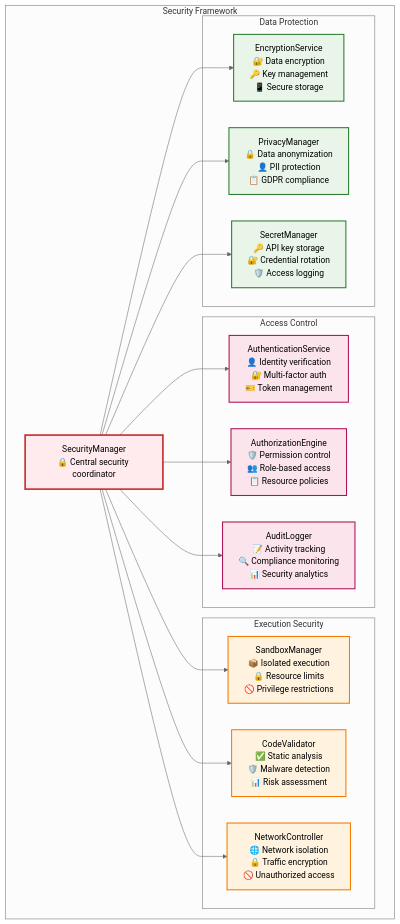
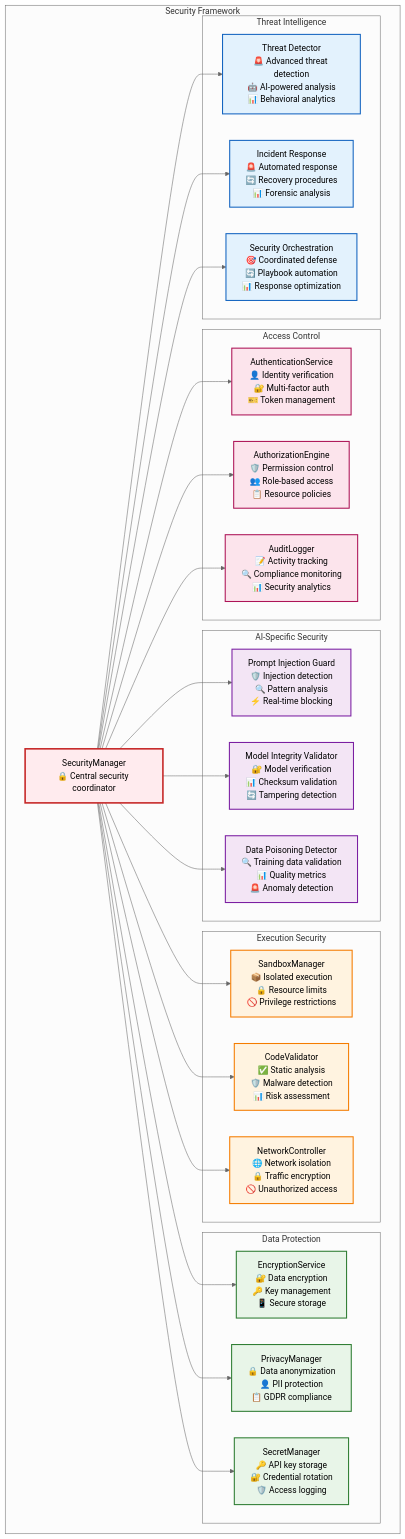
One commit to Vrooli/Vrooli changed diagram 15 of 25 in docs/ai-execution-architecture.md. Above: the diagram before and after it, drawn with Mermaid (neutral theme). The commit also changed other lines of this file, not shown here.

Commit message:
Execution architecture p3

````diff
--- a/docs/ai-execution-architecture.md
+++ b/docs/ai-execution-architecture.md
@@ -446,44 +873,66 @@
 ```mermaid
 graph TB
     subgraph "Security Framework"
         SecurityManager[SecurityManager<br/>🔒 Central security coordinator]
         
         subgraph "Access Control"
             AuthenticationService[AuthenticationService<br/>👤 Identity verification<br/>🔐 Multi-factor auth<br/>🎫 Token management]
             AuthorizationEngine[AuthorizationEngine<br/>🛡️ Permission control<br/>👥 Role-based access<br/>📋 Resource policies]
             AuditLogger[AuditLogger<br/>📝 Activity tracking<br/>🔍 Compliance monitoring<br/>📊 Security analytics]
+        end
+        
+        subgraph "AI-Specific Security"
+            PromptInjectionGuard[Prompt Injection Guard<br/>🛡️ Injection detection<br/>🔍 Pattern analysis<br/>⚡ Real-time blocking]
+            ModelIntegrityValidator[Model Integrity Validator<br/>🔐 Model verification<br/>📊 Checksum validation<br/>🔄 Tampering detection]
+            DataPoisoningDetector[Data Poisoning Detector<br/>🔍 Training data validation<br/>📊 Quality metrics<br/>🚨 Anomaly detection]
         end
         
         subgraph "Execution Security"
             SandboxManager[SandboxManager<br/>📦 Isolated execution<br/>🔒 Resource limits<br/>🚫 Privilege restrictions]
             CodeValidator[CodeValidator<br/>✅ Static analysis<br/>🛡️ Malware detection<br/>📊 Risk assessment]
             NetworkController[NetworkController<br/>🌐 Network isolation<br/>🔒 Traffic encryption<br/>🚫 Unauthorized access]
         end
         
         subgraph "Data Protection"
             EncryptionService[EncryptionService<br/>🔐 Data encryption<br/>🔑 Key management<br/>📱 Secure storage]
             PrivacyManager[PrivacyManager<br/>🔒 Data anonymization<br/>👤 PII protection<br/>📋 GDPR compliance]
             SecretManager[SecretManager<br/>🔑 API key storage<br/>🔐 Credential rotation<br/>🛡️ Access logging]
         end
+        
+        subgraph "Threat Intelligence"
+            ThreatDetector[Threat Detector<br/>🚨 Advanced threat detection<br/>🤖 AI-powered analysis<br/>📊 Behavioral analytics]
+            IncidentResponse[Incident Response<br/>🚨 Automated response<br/>🔄 Recovery procedures<br/>📊 Forensic analysis]
+            SecurityOrchestration[Security Orchestration<br/>🎯 Coordinated defense<br/>🔄 Playbook automation<br/>📊 Response optimization]
+        end
     end
     
     SecurityManager --> AuthenticationService
     SecurityManager --> AuthorizationEngine
     SecurityManager --> AuditLogger
+    SecurityManager --> PromptInjectionGuard
+    SecurityManager --> ModelIntegrityValidator
+    SecurityManager --> DataPoisoningDetector
     SecurityManager --> SandboxManager
     SecurityManager --> CodeValidator
     SecurityManager --> NetworkController
     SecurityManager --> EncryptionService
     SecurityManager --> PrivacyManager
     SecurityManager --> SecretManager
+    SecurityManager --> ThreatDetector
+    SecurityManager --> IncidentResponse
+    SecurityManager --> SecurityOrchestration
     
     classDef security fill:#ffebee,stroke:#c62828,stroke-width:3px
     classDef access fill:#fce4ec,stroke:#ad1457,stroke-width:2px
+    classDef aiSecurity fill:#f3e5f5,stroke:#7b1fa2,stroke-width:2px
     classDef execution fill:#fff3e0,stroke:#f57c00,stroke-width:2px
     classDef data fill:#e8f5e8,stroke:#2e7d32,stroke-width:2px
+    classDef threat fill:#e3f2fd,stroke:#1565c0,stroke-width:2px
     
     class SecurityManager security
     class AuthenticationService,AuthorizationEngine,AuditLogger access
+    class PromptInjectionGuard,ModelIntegrityValidator,DataPoisoningDetector aiSecurity
     class SandboxManager,CodeValidator,NetworkController execution
     class EncryptionService,PrivacyManager,SecretManager data
+    class ThreatDetector,IncidentResponse,SecurityOrchestration threat
 ```
````
